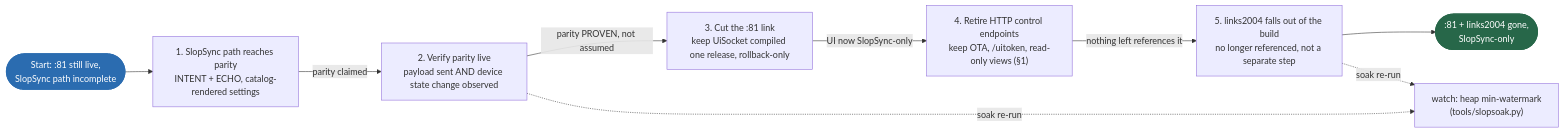
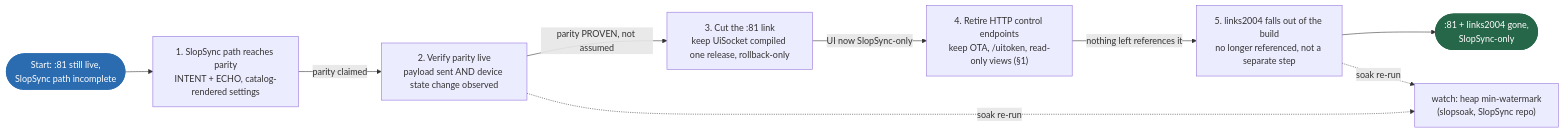
The diagram in docs/http-plane-retirement.md (AtlanticTM/SlopDrive-32), drawn with Mermaid before and after one commit. The commit also changed other lines of this file and 20 other files, not shown here.

````diff
--- a/docs/http-plane-retirement.md
+++ b/docs/http-plane-retirement.md
@@ -148,22 +148,22 @@
 ```mermaid
 flowchart LR
     start(["Start: :81 still live,\nSlopSync path incomplete"]):::startNode
     n1["1. SlopSync path reaches parity\nINTENT + ECHO, catalog-rendered settings"]
     n2["2. Verify parity live\npayload sent AND device state change observed"]
     n3["3. Cut the :81 link\nkeep UiSocket compiled one release, rollback-only"]
     n4["4. Retire HTTP control endpoints\nkeep OTA, /uitoken, read-only views (§1)"]
     n5["5. links2004 falls out of the build\nno longer referenced, not a separate step"]
     done([":81 + links2004 gone,\nSlopSync-only"]):::doneNode
 
     start --> n1 -->|"parity claimed"| n2
     n2 -->|"parity PROVEN, not assumed"| n3
     n3 -->|"UI now SlopSync-only"| n4
     n4 -->|"nothing left references it"| n5
     n5 --> done
 
-    n2 -.->|"soak re-run"| watch["watch: heap min-watermark\n(tools/slopsoak.py)"]
+    n2 -.->|"soak re-run"| watch["watch: heap min-watermark\n(slopsoak, SlopSync repo)"]
     n5 -.->|"soak re-run"| watch
 
     classDef startNode fill:#2b6cb0,color:#fff,stroke:#2b6cb0,stroke-width:2px
     classDef doneNode fill:#276749,color:#fff,stroke:#276749,stroke-width:2px
 ```
````
